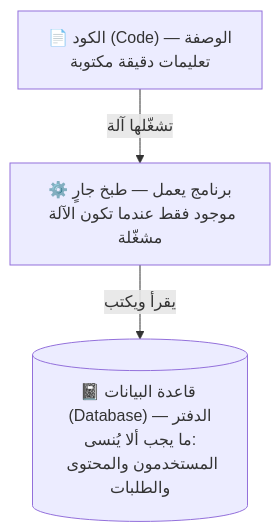
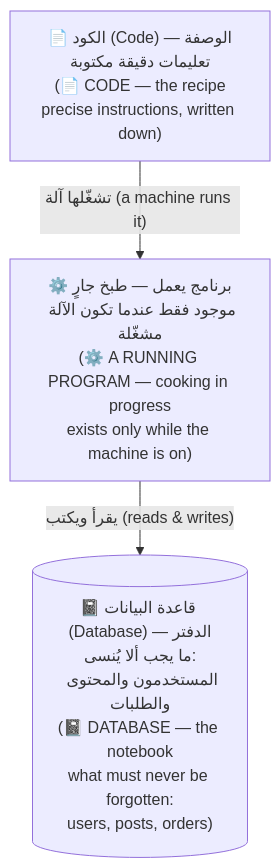
Before and after one commit to Tamoura/system-design-for-vibe-coders: the third of 7 diagrams in modules/00-foundations/foundations.ar.md, drawn with Mermaid. The commit also changed other lines of this file and 62 other files, not shown here.

First line of the commit message:
Arabic editions: English on every diagram label, RTL fixes, rebuild

````diff
--- a/modules/00-foundations/foundations.ar.md
+++ b/modules/00-foundations/foundations.ar.md
@@ -104,5 +104,5 @@
 ```mermaid
 flowchart TD
-    CODE["📄 الكود (Code) — الوصفة<br/>تعليمات دقيقة مكتوبة"] -->|"تشغّلها آلة"| PROC["⚙️ برنامج يعمل — طبخ جارٍ<br/>موجود فقط عندما تكون الآلة مشغّلة"]
-    PROC -->|"يقرأ ويكتب"| DB[("📓 قاعدة البيانات (Database) — الدفتر<br/>ما يجب ألا يُنسى:<br/>المستخدمون والمحتوى والطلبات")]
+    CODE["📄 الكود (Code) — الوصفة<br/>تعليمات دقيقة مكتوبة<br/>(📄 CODE — the recipe<br/>precise instructions, written down)"] -->|"تشغّلها آلة (a machine runs it)"| PROC["⚙️ برنامج يعمل — طبخ جارٍ<br/>موجود فقط عندما تكون الآلة مشغّلة<br/>(⚙️ A RUNNING PROGRAM — cooking in progress<br/>exists only while the machine is on)"]
+    PROC -->|"يقرأ ويكتب (reads & writes)"| DB[("📓 قاعدة البيانات (Database) — الدفتر<br/>ما يجب ألا يُنسى:<br/>المستخدمون والمحتوى والطلبات<br/>(📓 DATABASE — the notebook<br/>what must never be forgotten:<br/>users, posts, orders)")]
 ```
````
